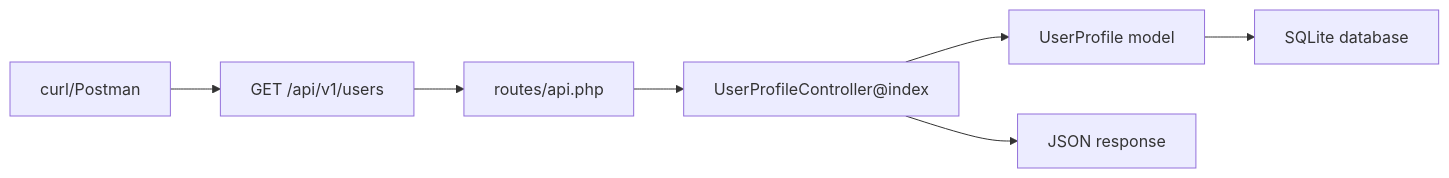
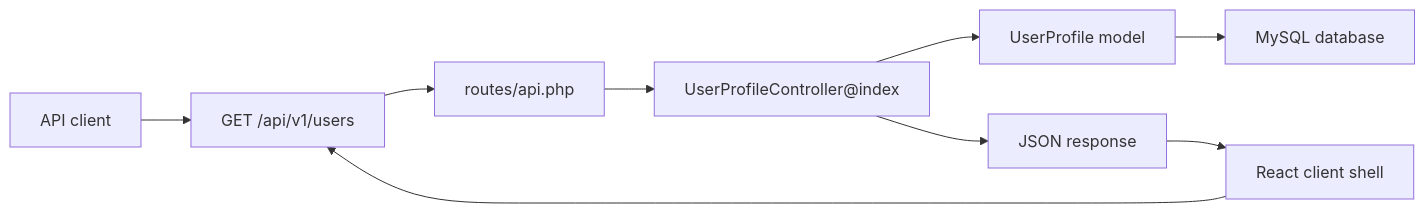
Before and after one commit to habibtalib/laravel-api-tutorial: the diagram in bahasa-malaysia/training/day-1-laravel-api-foundations.md, drawn with Mermaid. The commit also changed other lines of this file and 4 other files, not shown here.

````diff
--- a/bahasa-malaysia/training/day-1-laravel-api-foundations.md
+++ b/bahasa-malaysia/training/day-1-laravel-api-foundations.md
@@ -43,9 +47,11 @@
 ```mermaid
 flowchart LR
-    Client["curl/Postman"] --> Route["GET /api/v1/users"]
+    Client["API client"] --> Route["GET /api/v1/users"]
+    React["React client shell"] --> Route
     Route --> ApiRoutes["routes/api.php"]
     ApiRoutes --> Controller["UserProfileController@index"]
     Controller --> Model["UserProfile model"]
-    Model --> DB["SQLite database"]
+    Model --> DB["MySQL database"]
     Controller --> JSON["JSON response"]
+    JSON --> React
 ```
````
